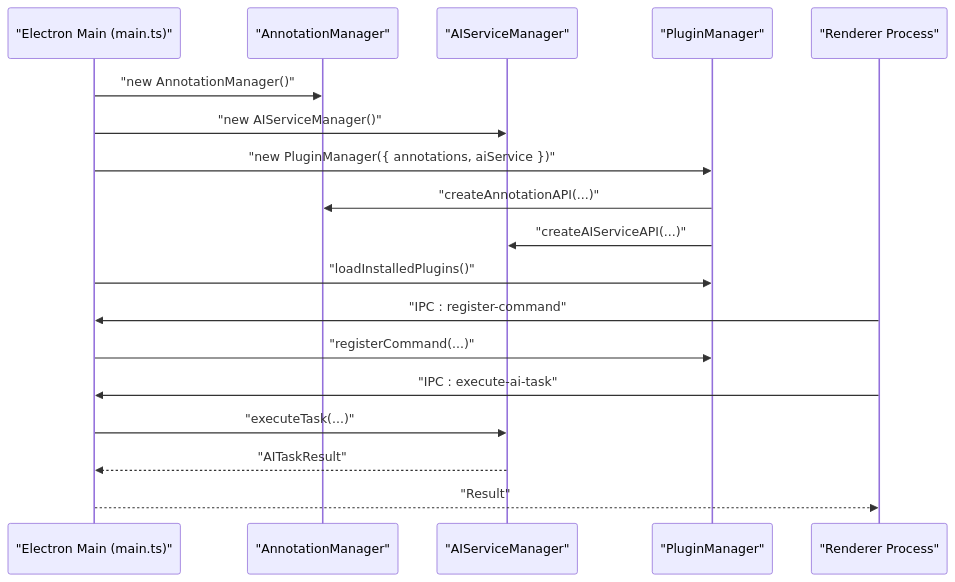
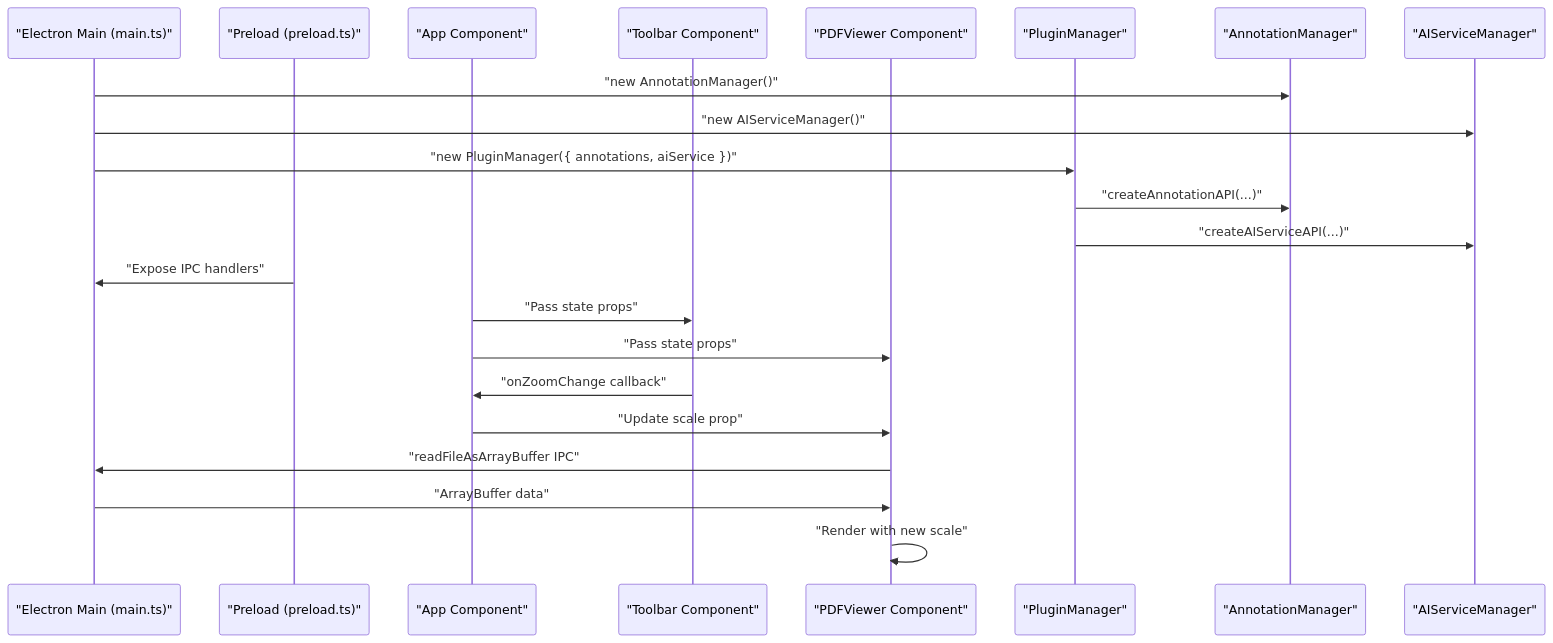
The second of 7 diagrams in .qoder/repowiki/en/content/Core Components/Core Components.md (Chunde/SciPDFReader), drawn with Mermaid before and after one commit. The commit also changed other lines of this file and 4 other files, not shown here.

````diff
--- a/.qoder/repowiki/en/content/Core Components/Core Components.md
+++ b/.qoder/repowiki/en/content/Core Components/Core Components.md
@@ -102,20 +144,24 @@
 ```mermaid
 sequenceDiagram
 participant Main as "Electron Main (main.ts)"
+participant Preload as "Preload (preload.ts)"
+participant App as "App Component"
+participant Toolbar as "Toolbar Component"
+participant PDFViewer as "PDFViewer Component"
+participant PM as "PluginManager"
 participant AM as "AnnotationManager"
 participant AIM as "AIServiceManager"
-participant PM as "PluginManager"
-participant Renderer as "Renderer Process"
 Main->>AM : "new AnnotationManager()"
 Main->>AIM : "new AIServiceManager()"
 Main->>PM : "new PluginManager({ annotations, aiService })"
 PM->>AM : "createAnnotationAPI(...)"
 PM->>AIM : "createAIServiceAPI(...)"
-Main->>PM : "loadInstalledPlugins()"
-Renderer->>Main : "IPC : register-command"
-Main->>PM : "registerCommand(...)"
-Renderer->>Main : "IPC : execute-ai-task"
-Main->>AIM : "executeTask(...)"
-AIM-->>Main : "AITaskResult"
-Main-->>Renderer : "Result"
+Preload->>Main : "Expose IPC handlers"
+App->>Toolbar : "Pass state props"
+App->>PDFViewer : "Pass state props"
+Toolbar->>App : "onZoomChange callback"
+App->>PDFViewer : "Update scale prop"
+PDFViewer->>Main : "readFileAsArrayBuffer IPC"
+Main->>PDFViewer : "ArrayBuffer data"
+PDFViewer->>PDFViewer : "Render with new scale"
 ```
````
